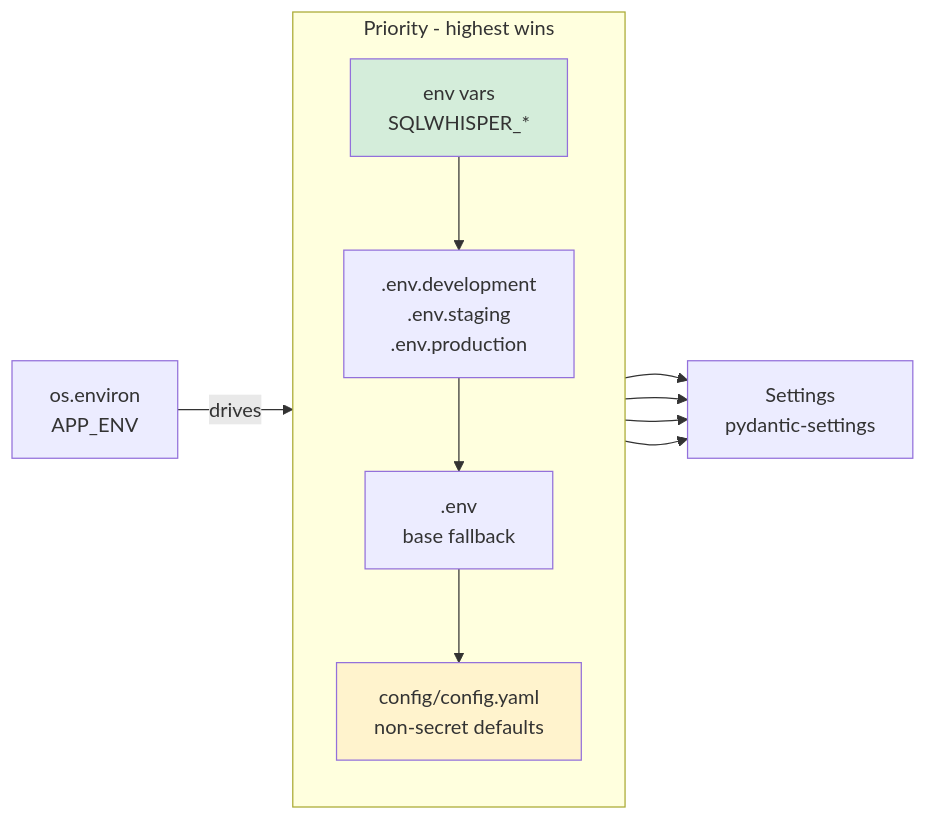
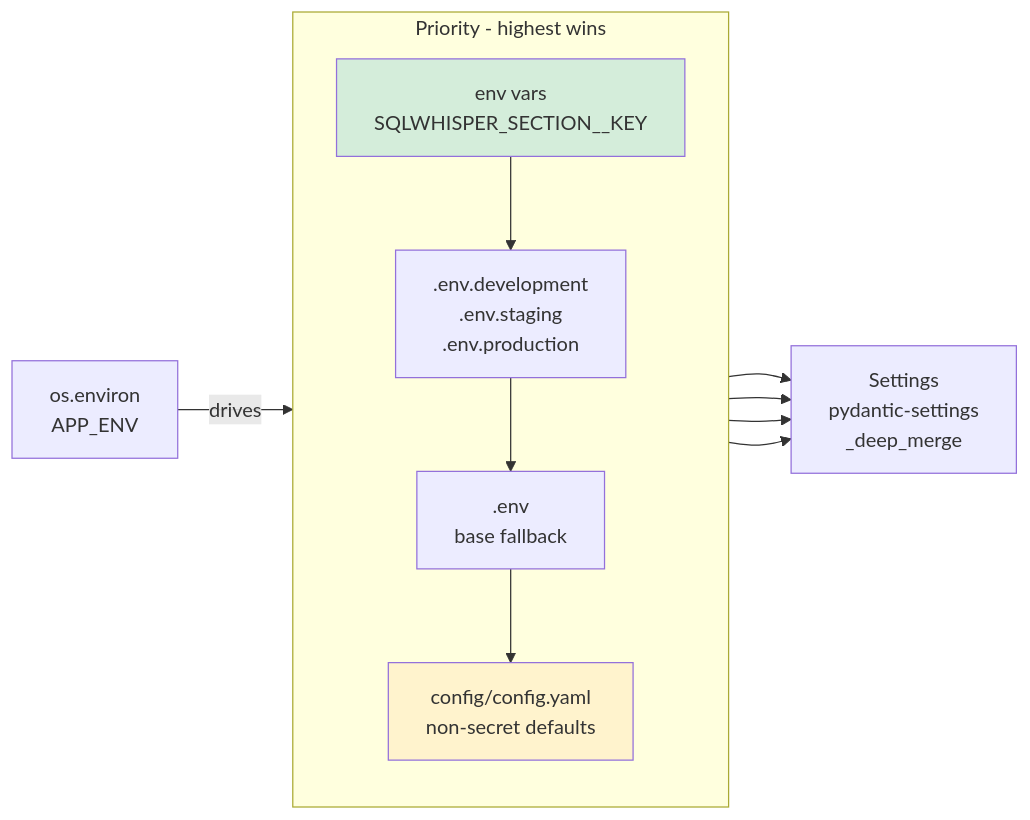
Before and after one commit to KarthikUdyawar/sqlwhisper: the third of 4 diagrams in README.md, drawn with Mermaid. The commit also changed other lines of this file and 8 other files, not shown here.

````diff
--- a/README.md
+++ b/README.md
@@ -67,16 +67,16 @@
 ```mermaid
 flowchart LR
     A[os.environ\nAPP_ENV] -->|drives| B
 
     subgraph Priority - highest wins
         direction TB
-        B[env vars\nSQLWHISPER_*] --> C[.env.development\n.env.staging\n.env.production]
+        B[env vars\nSQLWHISPER_SECTION__KEY] --> C[.env.development\n.env.staging\n.env.production]
         C --> D[.env\nbase fallback]
         D --> E[config/config.yaml\nnon-secret defaults]
     end
 
-    B & C & D & E --> F[Settings\npydantic-settings]
+    B & C & D & E --> F[Settings\npydantic-settings\n_deep_merge]
 
     style B fill:#d4edda
     style E fill:#fff3cd
 ```
````
